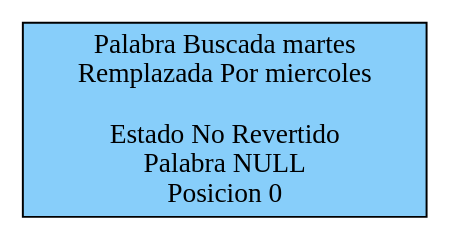
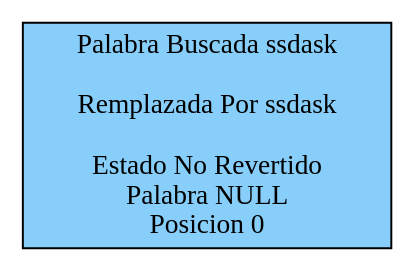
Before and after one commit to ChrisUSAC/EDD_1S2020_P1_201709272: the diagram in uedit/PilaNoRevertidos.dot, drawn with Graphviz. The commit also changed 17 other files, not shown here.

```diff
--- a/uedit/PilaNoRevertidos.dot
+++ b/uedit/PilaNoRevertidos.dot
@@ -1,11 +1,12 @@
 digraph p{ 
 rankdir=LR 
 node[ shape = box] 
-0[label = "Palabra Buscada martes
-Remplazada Por miercoles
+0[label = "Palabra Buscada ssdask
+
+Remplazada Por ssdask
 
 Estado No Revertido
 Palabra NULL
 Posicion 0
 " width=2.0, fillcolor = lightskyblue, style = filled ]; 
 }
```
